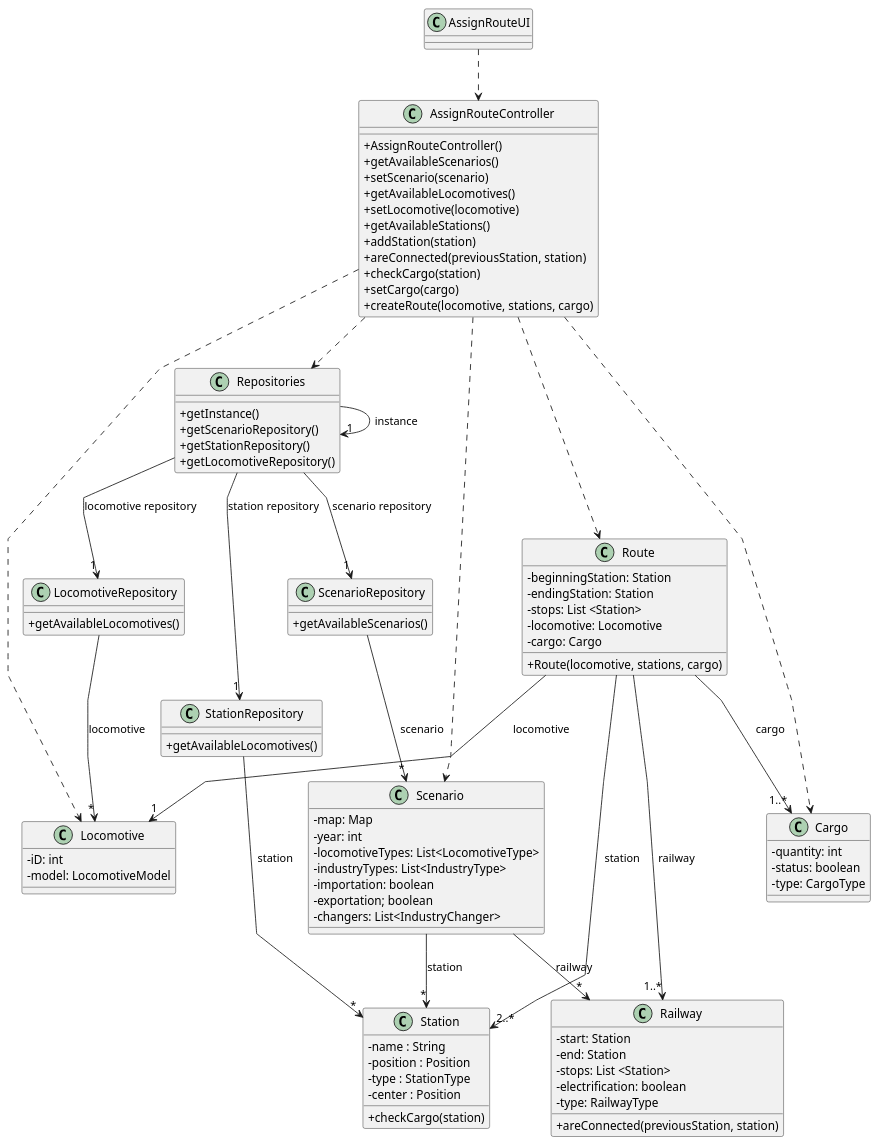
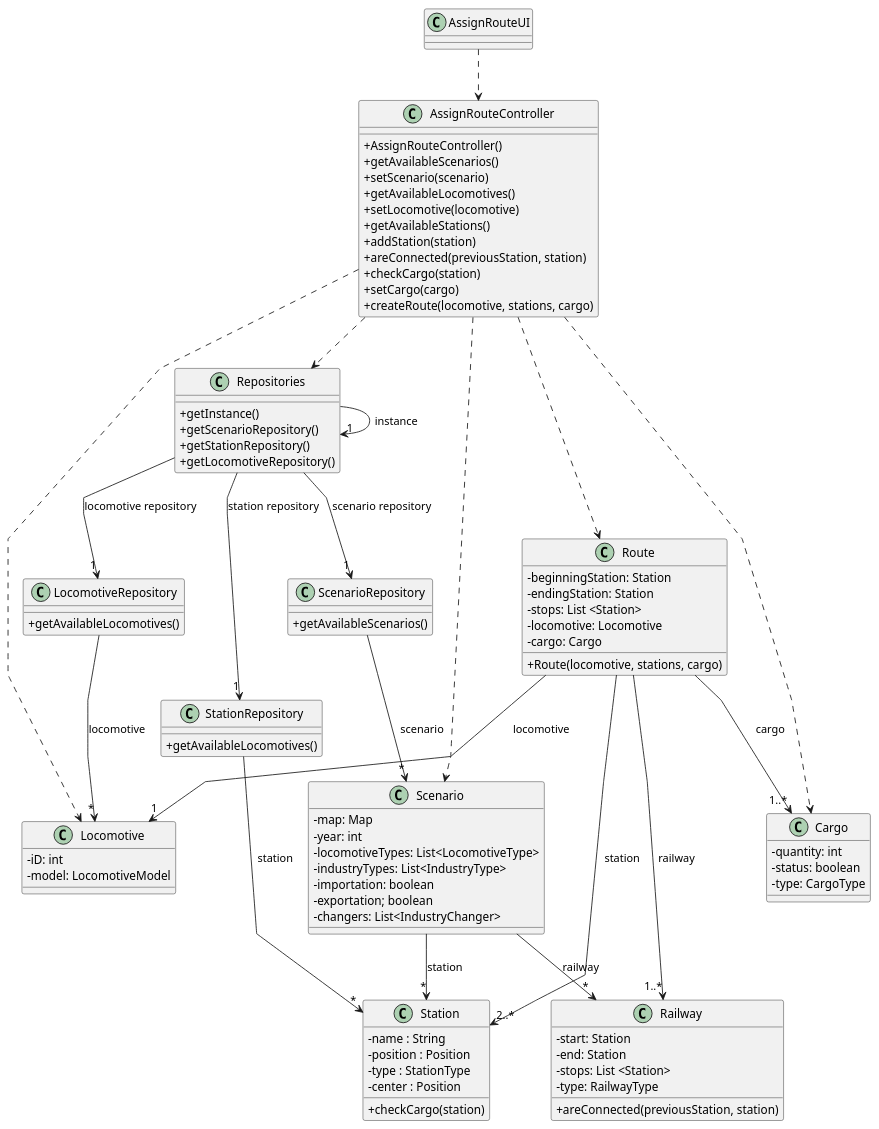
Before and after one commit to 1240935/pi2-railway-simulator: the diagram in Sprint2/US010/03.design/puml/US010-CD.puml, drawn with PlantUML. The commit also changed 14 other files, not shown here.

```diff
--- a/Sprint2/US010/03.design/puml/US010-CD.puml
+++ b/Sprint2/US010/03.design/puml/US010-CD.puml
@@ -1,121 +1,120 @@
 @startuml
 'skinparam monochrome true
 skinparam packageStyle rectangle
 skinparam shadowing false
 skinparam linetype polyline
 'skinparam linetype orto
 
 skinparam classAttributeIconSize 0
 
 'left to right direction
 
 class AssignRouteUI {
 
 }
 
 class AssignRouteController {
       +AssignRouteController()
       +getAvailableScenarios()
       +setScenario(scenario)
       +getAvailableLocomotives()
       +setLocomotive(locomotive)
       +getAvailableStations()
       +addStation(station)
       +areConnected(previousStation, station)
       +checkCargo(station)
       +setCargo(cargo)
       +createRoute(locomotive, stations, cargo)
 }
 
 class Repositories {
   +getInstance()
   +getScenarioRepository()
   +getStationRepository()
   +getLocomotiveRepository()
 }
 
 class ScenarioRepository {
   +getAvailableScenarios()
 }
 
 class StationRepository {
   +getAvailableLocomotives()
 }
 
 class LocomotiveRepository {
   +getAvailableLocomotives()
 }
 
 class Scenario {
        -map: Map
        -year: int
        -locomotiveTypes: List<LocomotiveType>
        -industryTypes: List<IndustryType>
        -importation: boolean
        -exportation; boolean
        -changers: List<IndustryChanger>
 }
 
 class Station {
   -name : String
   -position : Position
   -type : StationType
   -center : Position
   +checkCargo(station)
 }
 
 class Route {
   +Route(locomotive, stations, cargo)
   -beginningStation: Station
   -endingStation: Station
   -stops: List <Station>
   -locomotive: Locomotive
   -cargo: Cargo
 }
 
 class Locomotive {
   -iD: int
   -model: LocomotiveModel
 }
 
 class Cargo {
   -quantity: int
   -status: boolean
   -type: CargoType
 }
 
 class Railway{
    -start: Station
    -end: Station
    -stops: List <Station>
-   -electrification: boolean
    -type: RailwayType
    +areConnected(previousStation, station)
 }
 
 
 AssignRouteUI ..> AssignRouteController
 
 AssignRouteController ..> Repositories
 AssignRouteController ..> Route
 AssignRouteController ..> Scenario
 AssignRouteController ..> Locomotive
 AssignRouteController ..> Cargo
 
 Repositories -> "1" Repositories : instance
 Repositories --> "1" ScenarioRepository : scenario repository
 Repositories --> "1" StationRepository : station repository
 Repositories --> "1" LocomotiveRepository : locomotive repository
 
 StationRepository --> "*" Station : station
 LocomotiveRepository --> "*" Locomotive: locomotive
 ScenarioRepository --> "*" Scenario: scenario
 
 Scenario --> "*" Station : station
 Scenario --> "*" Railway: railway
 
 Route --> "1" Locomotive : locomotive
 Route --> "2..*" Station : station
 Route --> "1..*" Cargo : cargo
 Route --> "1..*" Railway: railway
 @enduml
```
